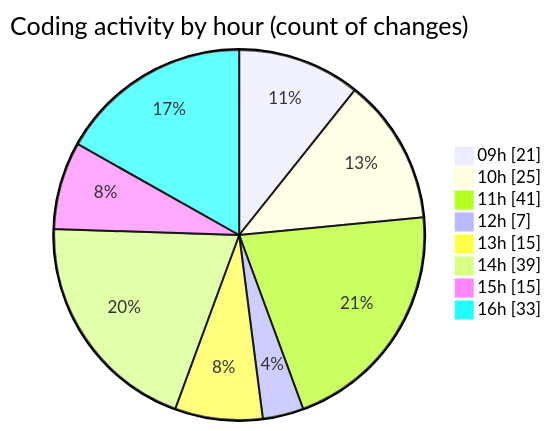
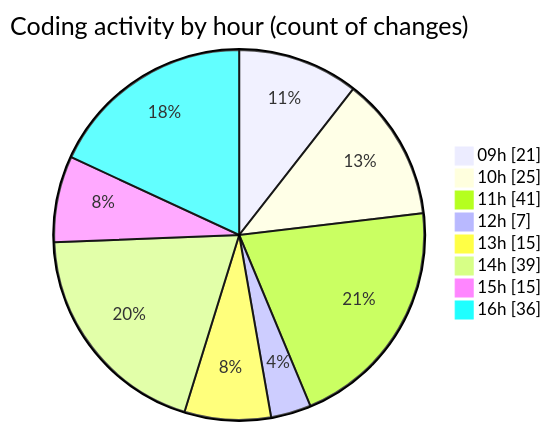
One commit to momahboobian/code-tracking changed the second of 2 diagrams in 2025-12-01/cda/README.md. Above: the diagram before and after it, drawn with Mermaid. The commit also changed other lines of this file and 1 other file, not shown here.

````diff
--- a/2025-12-01/cda/README.md
+++ b/2025-12-01/cda/README.md
@@ -51,12 +51,12 @@
 ```mermaid
 pie showData
 title Coding activity by hour (count of changes)
 "09h" : 21
 "10h" : 25
 "11h" : 41
 "12h" : 7
 "13h" : 15
 "14h" : 39
 "15h" : 15
-"16h" : 33
+"16h" : 36
 ```
````
